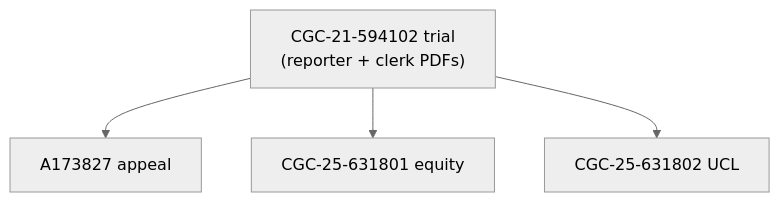
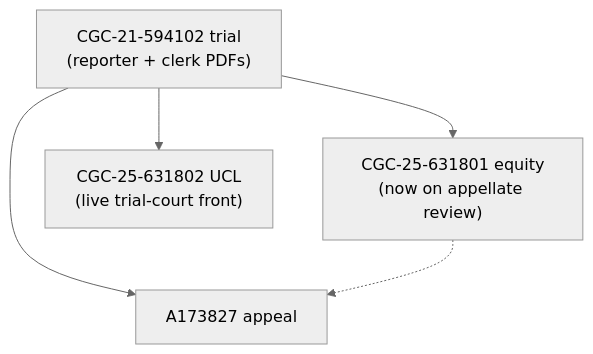
One commit to Municipal-Public-Trust-in-A-i/CSAA-ABDELHALIM-WONG-PSA-CSK changed the second of 3 diagrams in README.md. Above: the diagram before and after it, drawn with Mermaid (neutral theme). The commit also changed other lines of this file and 34 other files, not shown here.

First line of the commit message:
Update case posture and add appellate-preservation materials for CGC-25-631801

````diff
--- a/README.md
+++ b/README.md
@@ -268,10 +315,11 @@
 ```mermaid
 flowchart TB
   TR["CGC-21-594102 trial<br/>(reporter + clerk PDFs)"]
   AP["A173827 appeal"]
-  EQ["CGC-25-631801 equity"]
-  UC["CGC-25-631802 UCL"]
+  EQ["CGC-25-631801 equity<br/>(now on appellate review)"]
+  UC["CGC-25-631802 UCL<br/>(live trial-court front)"]
   TR --> AP
   TR --> EQ
   TR --> UC
+  EQ -.-> AP
 ```
````
